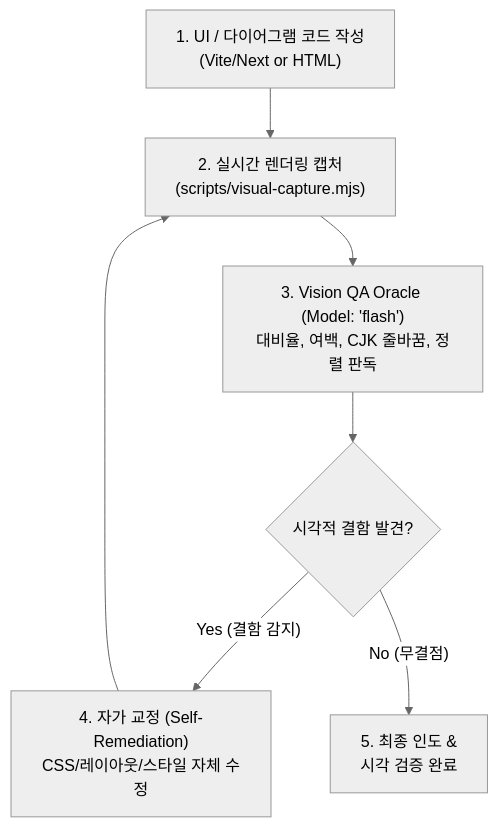
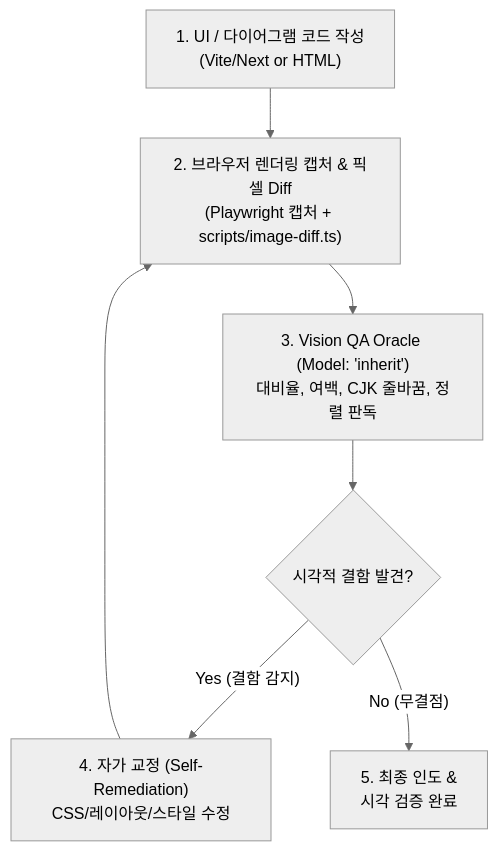
Before and after one commit to daeryundf2-prog/lazyargon: the diagram in skills/visual-qa/references/ui-loopback.md, drawn with Mermaid (neutral theme). The commit also changed other lines of this file and 38 other files, not shown here.

````diff
--- a/skills/visual-qa/references/ui-loopback.md
+++ b/skills/visual-qa/references/ui-loopback.md
@@ -10,9 +10,9 @@
 ```mermaid
 flowchart TD
-    Code["1. UI / 다이어그램 코드 작성<br/>(Vite/Next or HTML)"] --> Render["2. 실시간 렌더링 캡처<br/>(scripts/visual-capture.mjs)"]
-    Render --> Vision["3. Vision QA Oracle (Model: 'flash')<br/>대비율, 여백, CJK 줄바꿈, 정렬 판독"]
+    Code["1. UI / 다이어그램 코드 작성<br/>(Vite/Next or HTML)"] --> Render["2. 브라우저 렌더링 캡처 & 픽셀 Diff<br/>(Playwright 캡처 + scripts/image-diff.ts)"]
+    Render --> Vision["3. Vision QA Oracle (Model: 'inherit')<br/>대비율, 여백, CJK 줄바꿈, 정렬 판독"]
     Vision --> Check{"시각적 결함 발견?"}
-    Check -- "Yes (결함 감지)" --> Fix["4. 자가 교정 (Self-Remediation)<br/>CSS/레이아웃/스타일 자체 수정"]
+    Check -- "Yes (결함 감지)" --> Fix["4. 자가 교정 (Self-Remediation)<br/>CSS/레이아웃/스타일 수정"]
     Fix --> Render
     Check -- "No (무결점)" --> Done["5. 최종 인도 &<br/>시각 검증 완료"]
 ```
````
